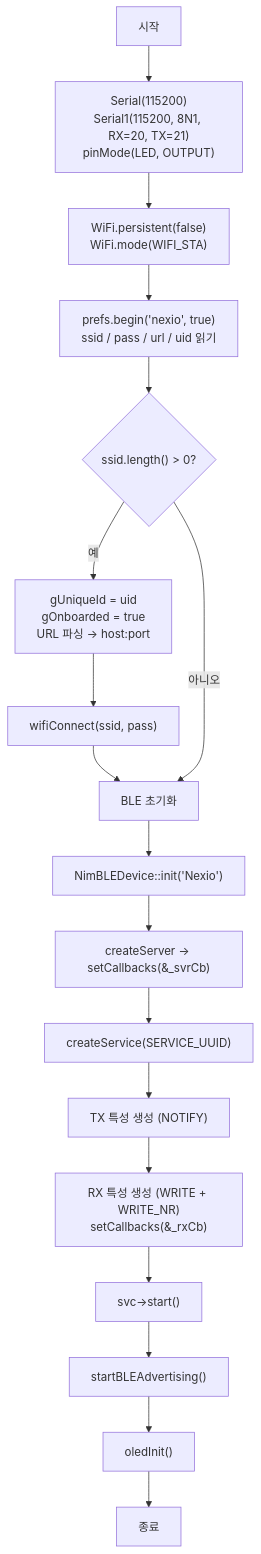
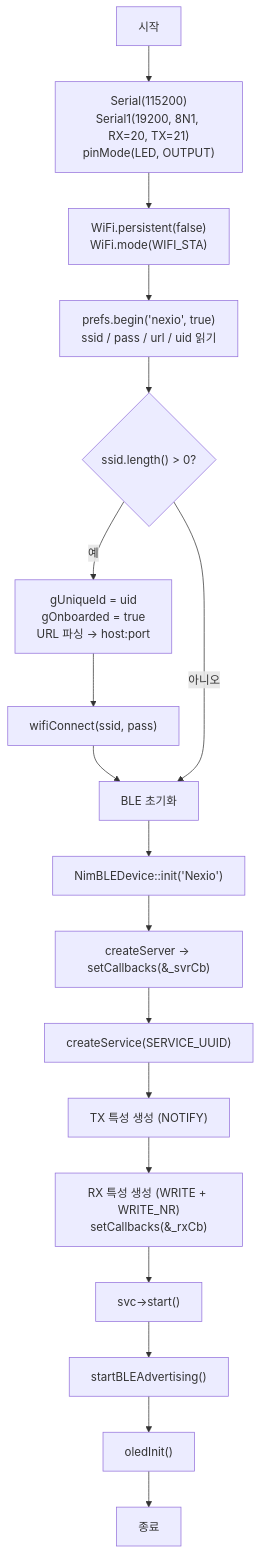
One commit to hyunu/nexio changed the fourth of 5 diagrams in firmware/design.md. Above: the diagram before and after it, drawn with Mermaid. The commit also changed other lines of this file and 2 other files, not shown here.

````diff
--- a/firmware/design.md
+++ b/firmware/design.md
@@ -531,38 +588,38 @@
 ```mermaid
 graph TD
     START["시작"]
-    SERIAL["Serial(115200)<br/>Serial1(115200, 8N1, RX=20, TX=21)<br/>pinMode(LED, OUTPUT)"]
+    SERIAL["Serial(115200)<br/>Serial1(19200, 8N1, RX=20, TX=21)<br/>pinMode(LED, OUTPUT)"]
     WIFI_INIT["WiFi.persistent(false)<br/>WiFi.mode(WIFI_STA)"]
     NVS_READ["prefs.begin('nexio', true)<br/>ssid / pass / url / uid 읽기"]
     HAS_CONFIG{"ssid.length() > 0?"}
     RESTORE["gUniqueId = uid<br/>gOnboarded = true<br/>URL 파싱 → host:port"]
     WIFI_CALL["wifiConnect(ssid, pass)"]
     BLE_INIT["BLE 초기화"]
     BLE1["NimBLEDevice::init('Nexio')"]
     BLE2["createServer → setCallbacks(&_svrCb)"]
     BLE3["createService(SERVICE_UUID)"]
     BLE4["TX 특성 생성 (NOTIFY)"]
     BLE5["RX 특성 생성 (WRITE + WRITE_NR)<br/>setCallbacks(&_rxCb)"]
     BLE6["svc->start()"]
     ADV["startBLEAdvertising()"]
     OLED_INIT["oledInit()"]
     DONE["종료"]
 
     START --> SERIAL
     SERIAL --> WIFI_INIT
     WIFI_INIT --> NVS_READ
     NVS_READ --> HAS_CONFIG
     HAS_CONFIG -->|예| RESTORE
     RESTORE --> WIFI_CALL
     WIFI_CALL --> BLE_INIT
     HAS_CONFIG -->|아니오| BLE_INIT
     BLE_INIT --> BLE1
     BLE1 --> BLE2
     BLE2 --> BLE3
     BLE3 --> BLE4
     BLE4 --> BLE5
     BLE5 --> BLE6
     BLE6 --> ADV
     ADV --> OLED_INIT
     OLED_INIT --> DONE
 ```
````
